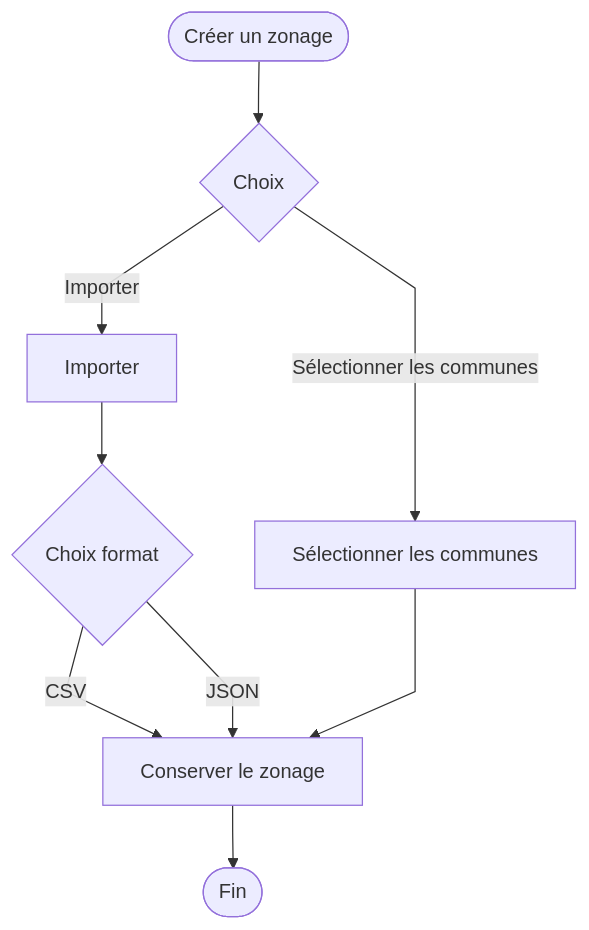
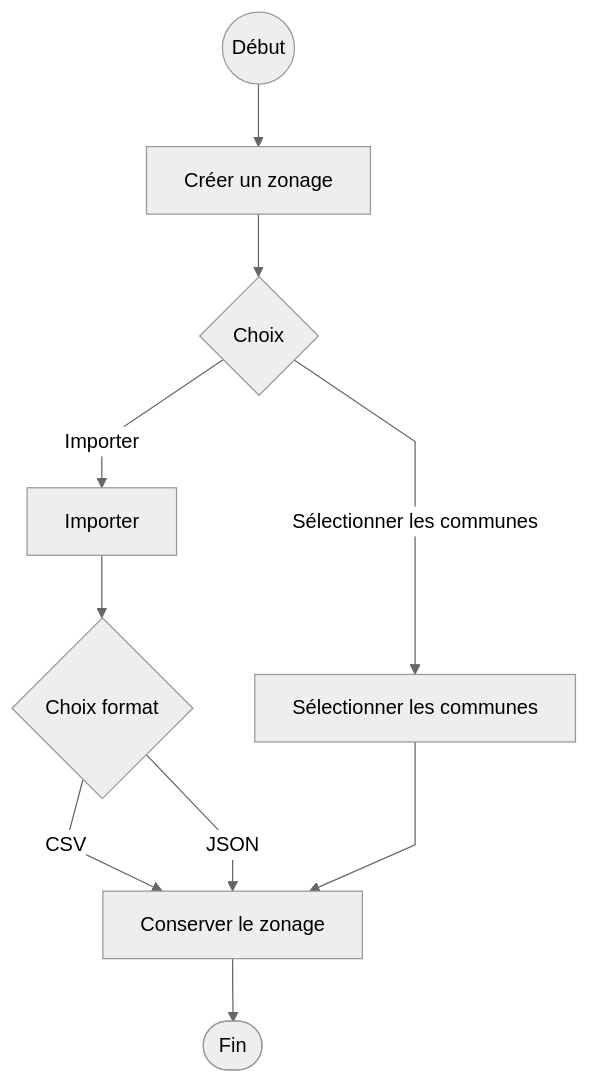
Before and after one commit to Ryan52700/TP_Informatique: the diagram in doc/diagrams/creerZonage.md, drawn with Mermaid.

Commit message:
Update flowchart in creerZonage.md with new format

````diff
--- a/doc/diagrams/creerZonage.md
+++ b/doc/diagrams/creerZonage.md
@@ -1,18 +1,23 @@
 ```mermaid
+---
+config:
+  theme: neutral
+  layout: dagre
+---
 flowchart TB
-    Start(["Créer un zonage"]) --> Choix1{"Choix"}
+    Start((Début)) --> DJU["Créer un zonage"]
+     DJU --> Choix1{"Choix"}
     Choix1 L_Choix1_Import_0@-- Importer --> Import["Importer"]
     Import --> ChoixFormat{"Choix format"}
     ChoixFormat L_ChoixFormat_Conserver_0@-- CSV --> Conserver["Conserver le zonage"]
     ChoixFormat L_ChoixFormat_Conserver_2@-- JSON --> Conserver
     SelectCom["Sélectionner les communes"] L_SelectCom_Conserver_0@--> Conserver
     Conserver --> End(["Fin"])
     Choix1 L_Choix1_SelectCom_0@-- Sélectionner les communes --> SelectCom
 
-
-    L_Choix1_Import_0@{ curve: linear } 
-    L_ChoixFormat_Conserver_0@{ curve: linear } 
-    L_ChoixFormat_Conserver_2@{ curve: linear } 
-    L_SelectCom_Conserver_0@{ curve: linear } 
+    L_Choix1_Import_0@{ curve: linear }
+    L_ChoixFormat_Conserver_0@{ curve: linear }
+    L_ChoixFormat_Conserver_2@{ curve: linear }
+    L_SelectCom_Conserver_0@{ curve: linear }
     L_Choix1_SelectCom_0@{ curve: linear }
 ```
````
